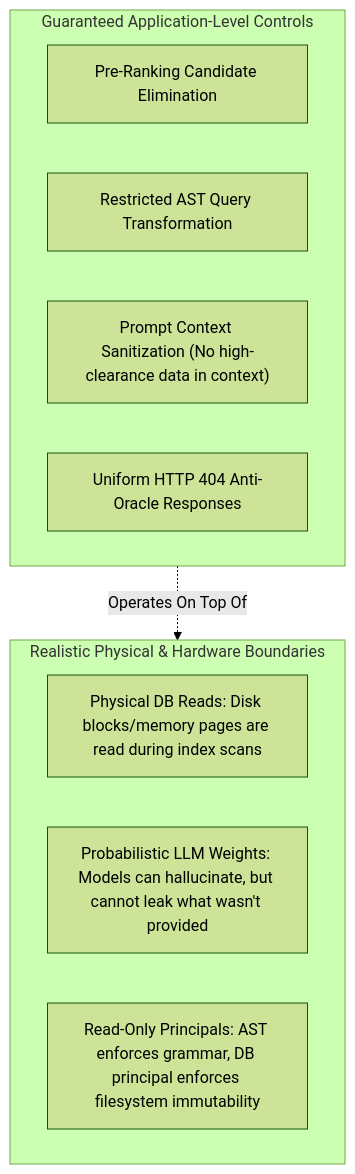
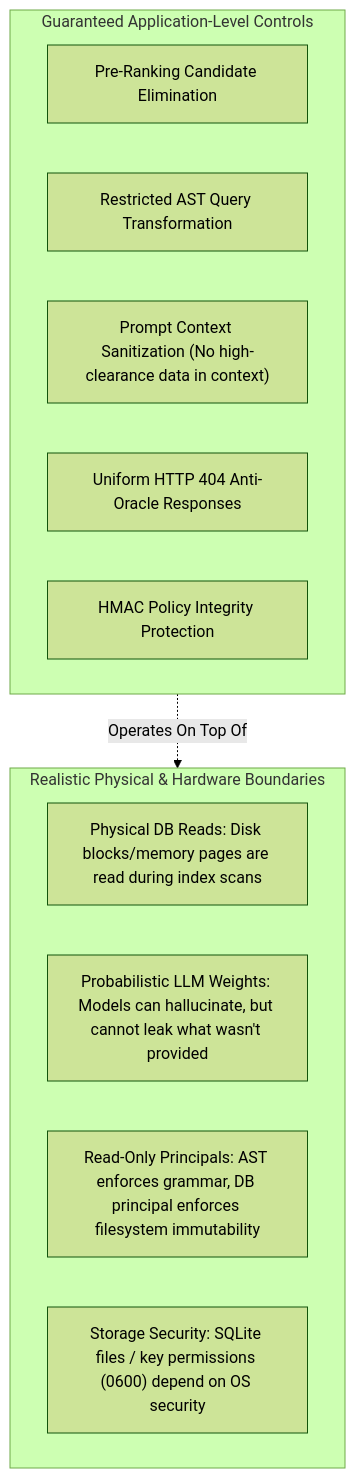
Before and after one commit to addiee13/graphrag-dlp: the second of 2 diagrams in docs/SECURITY.md, drawn with Mermaid (forest theme). The commit also changed other lines of this file and 4 other files, not shown here.

Commit message:
docs: synchronize architecture, security, plan, acceptance, and runbook with implemented system

````diff
--- a/docs/SECURITY.md
+++ b/docs/SECURITY.md
@@ -230,17 +227,19 @@
 ```mermaid
 graph TB
     subgraph AppLevel["Guaranteed Application-Level Controls"]
         A1["Pre-Ranking Candidate Elimination"]
         A2["Restricted AST Query Transformation"]
         A3["Prompt Context Sanitization (No high-clearance data in context)"]
         A4["Uniform HTTP 404 Anti-Oracle Responses"]
+        A5["HMAC Policy Integrity Protection"]
     end
 
     subgraph InfraLevel["Realistic Physical & Hardware Boundaries"]
         B1["Physical DB Reads: Disk blocks/memory pages are read during index scans"]
         B2["Probabilistic LLM Weights: Models can hallucinate, but cannot leak what wasn't provided"]
         B3["Read-Only Principals: AST enforces grammar, DB principal enforces filesystem immutability"]
+        B4["Storage Security: SQLite files / key permissions (0600) depend on OS security"]
     end
 
     AppLevel -.->|Operates On Top Of| InfraLevel
 ```
````
